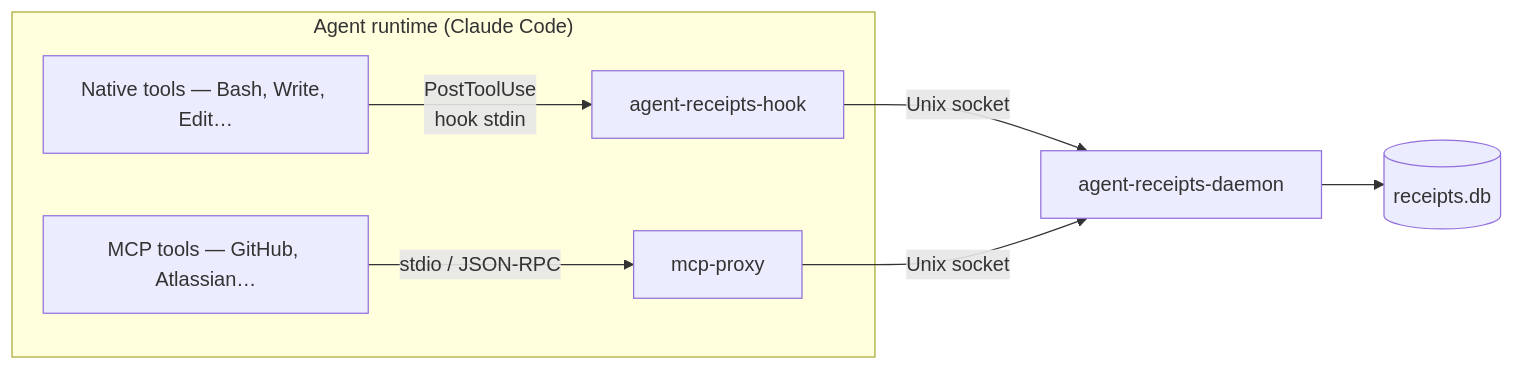
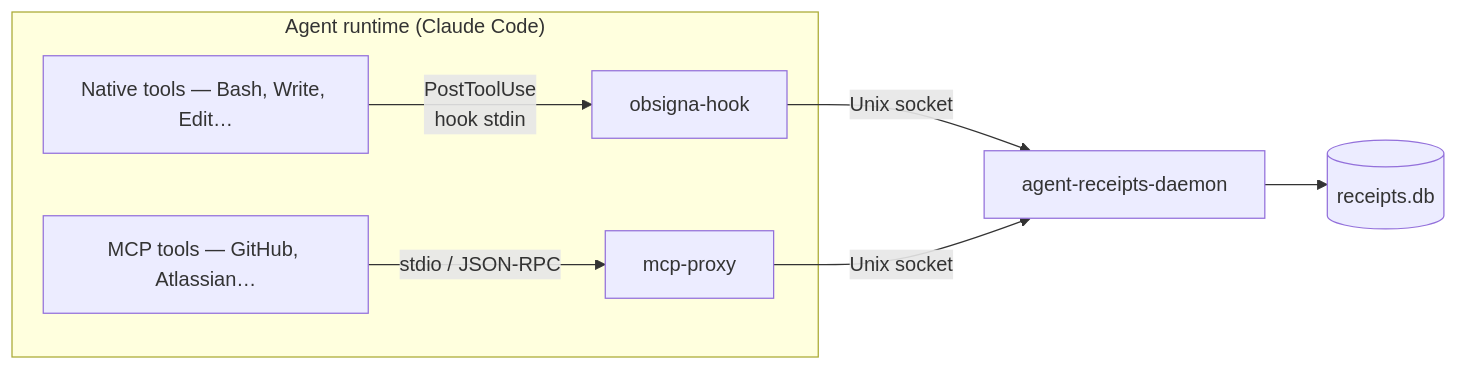
One commit to agent-receipts/ar changed the diagram in site/src/content/docs/hook/overview.mdx. Above: the diagram before and after it, drawn with Mermaid. The commit also changed other lines of this file and 26 other files, not shown here.

First line of the commit message:
refactor(hook): minimal obsigna-hook binary + agent-receipts-hook shim (ADR-0036) (#809)

````diff
--- a/site/src/content/docs/hook/overview.mdx
+++ b/site/src/content/docs/hook/overview.mdx
@@ -8,10 +8,10 @@
 ```mermaid
 graph LR
   subgraph agent["Agent runtime (Claude Code)"]
-    T1[Native tools — Bash, Write, Edit…] -- "PostToolUse\nhook stdin" --> H[agent-receipts-hook]
+    T1[Native tools — Bash, Write, Edit…] -- "PostToolUse\nhook stdin" --> H[obsigna-hook]
     T2[MCP tools — GitHub, Atlassian…] -- "stdio / JSON-RPC" --> P[mcp-proxy]
   end
   H -- "Unix socket" --> D[agent-receipts-daemon]
   P -- "Unix socket" --> D
   D --> DB[(receipts.db)]
 ```
````
